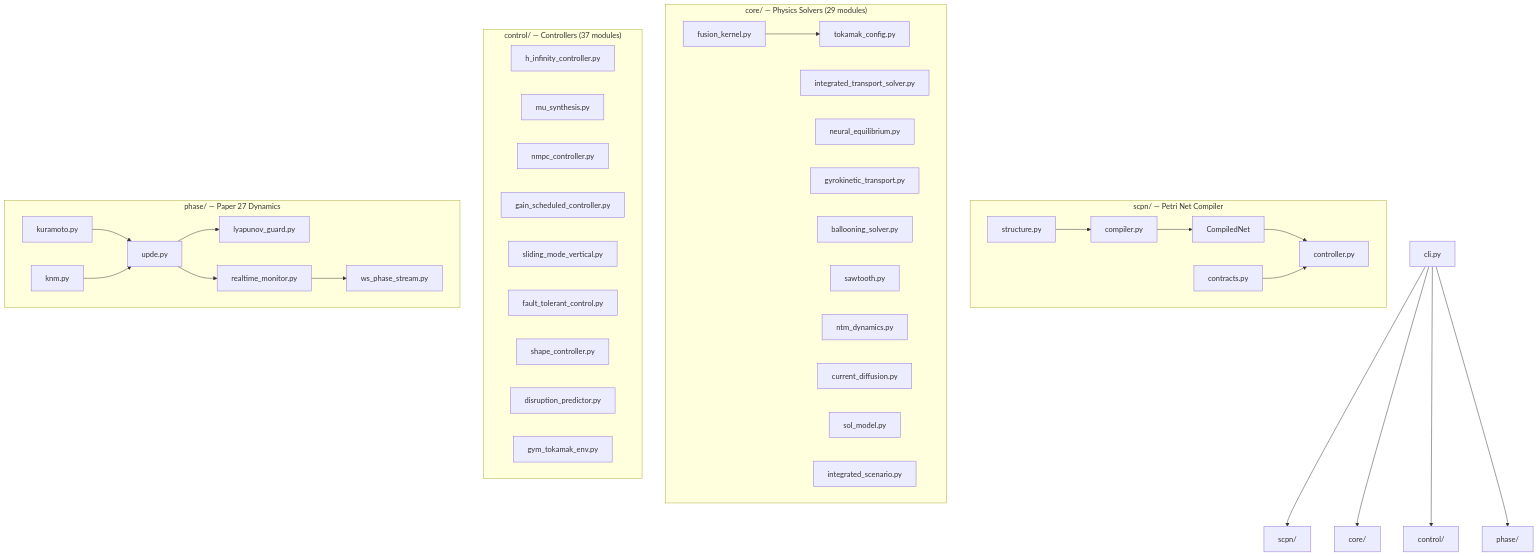
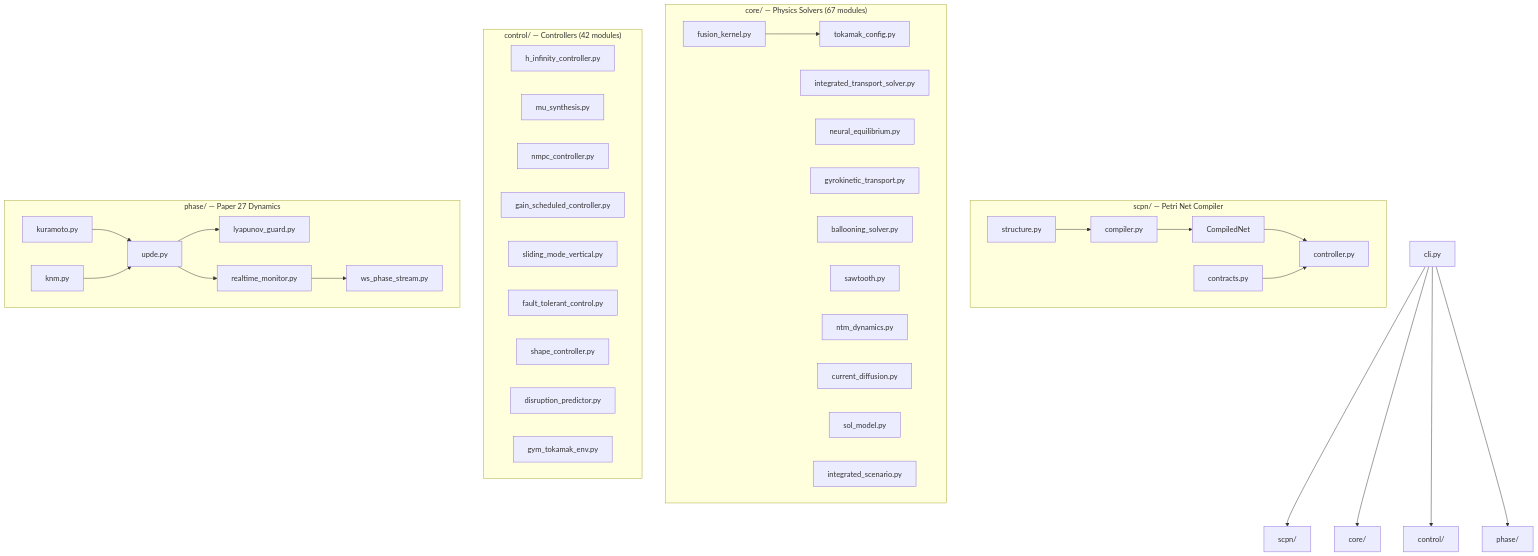
One commit to anulum/scpn-control changed the first of 4 diagrams in docs/architecture.md. Above: the diagram before and after it, drawn with Mermaid. The commit also changed other lines of this file and 23 other files, not shown here.

````diff
--- a/docs/architecture.md
+++ b/docs/architecture.md
@@ -5,47 +5,47 @@
 ```mermaid
 graph TD
     CLI[cli.py] --> SCPN[scpn/]
     CLI --> CORE[core/]
     CLI --> CTRL[control/]
     CLI --> PHASE[phase/]
 
     subgraph "scpn/ — Petri Net Compiler"
         SPN[structure.py] --> COMP[compiler.py]
         COMP --> CNET[CompiledNet]
         CNET --> NSC[controller.py]
         CON[contracts.py] --> NSC
     end
 
-    subgraph "core/ — Physics Solvers (29 modules)"
+    subgraph "core/ — Physics Solvers (67 modules)"
         FK[fusion_kernel.py] --> TC[tokamak_config.py]
         ITS[integrated_transport_solver.py]
         NEQ[neural_equilibrium.py]
         GT2[gyrokinetic_transport.py]
         BS2[ballooning_solver.py]
         ST2[sawtooth.py]
         NTM2[ntm_dynamics.py]
         CD2[current_diffusion.py]
         SOL2[sol_model.py]
         ISS2[integrated_scenario.py]
     end
 
-    subgraph "control/ — Controllers (37 modules)"
+    subgraph "control/ — Controllers (42 modules)"
         HINF2[h_infinity_controller.py]
         MU2[mu_synthesis.py]
         NMPC2[nmpc_controller.py]
         GS_C[gain_scheduled_controller.py]
         SM2[sliding_mode_vertical.py]
         FT2[fault_tolerant_control.py]
         SC2[shape_controller.py]
         DP[disruption_predictor.py]
         GYM[gym_tokamak_env.py]
     end
 
     subgraph "phase/ — Paper 27 Dynamics"
         KUR[kuramoto.py] --> UPDE[upde.py]
         KNM[knm.py] --> UPDE
         UPDE --> LG[lyapunov_guard.py]
         UPDE --> RM[realtime_monitor.py]
         RM --> WS[ws_phase_stream.py]
     end
 ```
````
